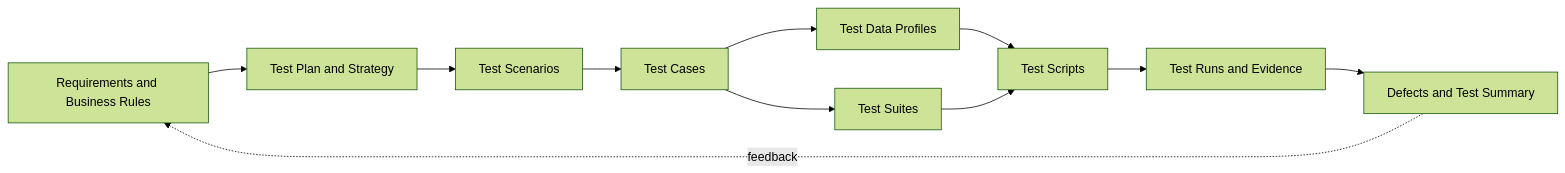
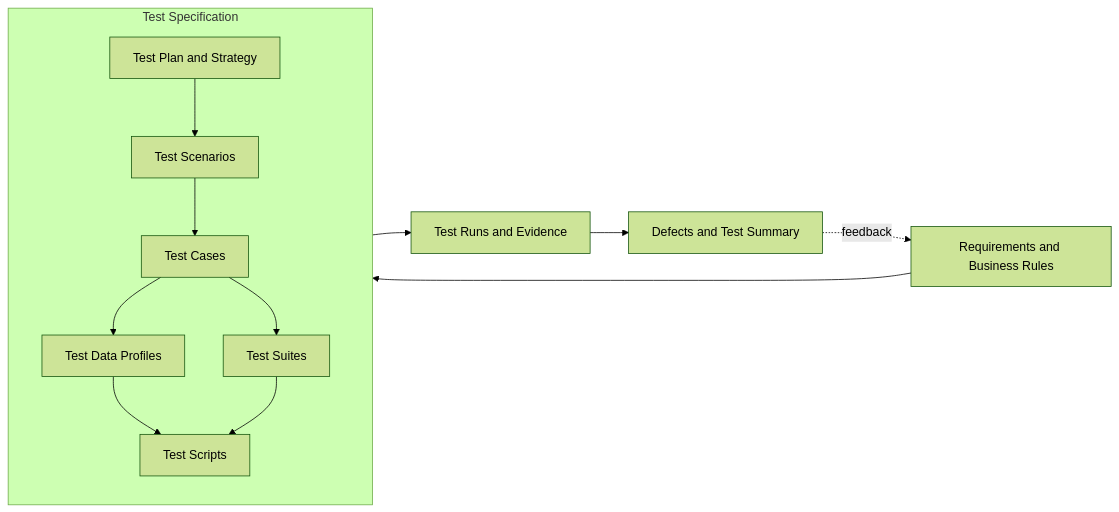
The first of 2 diagrams in README.md (sanyoii/cex-market-data-quality-lab), drawn with Mermaid (forest theme) before and after one commit. The commit also changed other lines of this file and 24 other files, not shown here.

````diff
--- a/README.md
+++ b/README.md
@@ -23,13 +26,20 @@
 ```mermaid
 flowchart LR
-    R["Requirements and Business Rules"] --> P["Test Plan and Strategy"]
-    P --> S["Test Scenarios"]
-    S --> C["Test Cases"]
-    C --> D["Test Data Profiles"]
-    C --> U["Test Suites"]
-    D --> A["Test Scripts"]
-    U --> A
-    A --> E["Test Runs and Evidence"]
+    R["Requirements and Business Rules"] --> S
+    subgraph S["Test Specification"]
+        P["Test Plan and Strategy"]
+        N["Test Scenarios"]
+        C["Test Cases"]
+        D["Test Data Profiles"]
+        U["Test Suites"]
+        A["Test Scripts"]
+        P --> N --> C
+        C --> D
+        C --> U
+        D --> A
+        U --> A
+    end
+    S --> E["Test Runs and Evidence"]
     E --> F["Defects and Test Summary"]
     F -. feedback .-> R
 ```
````
